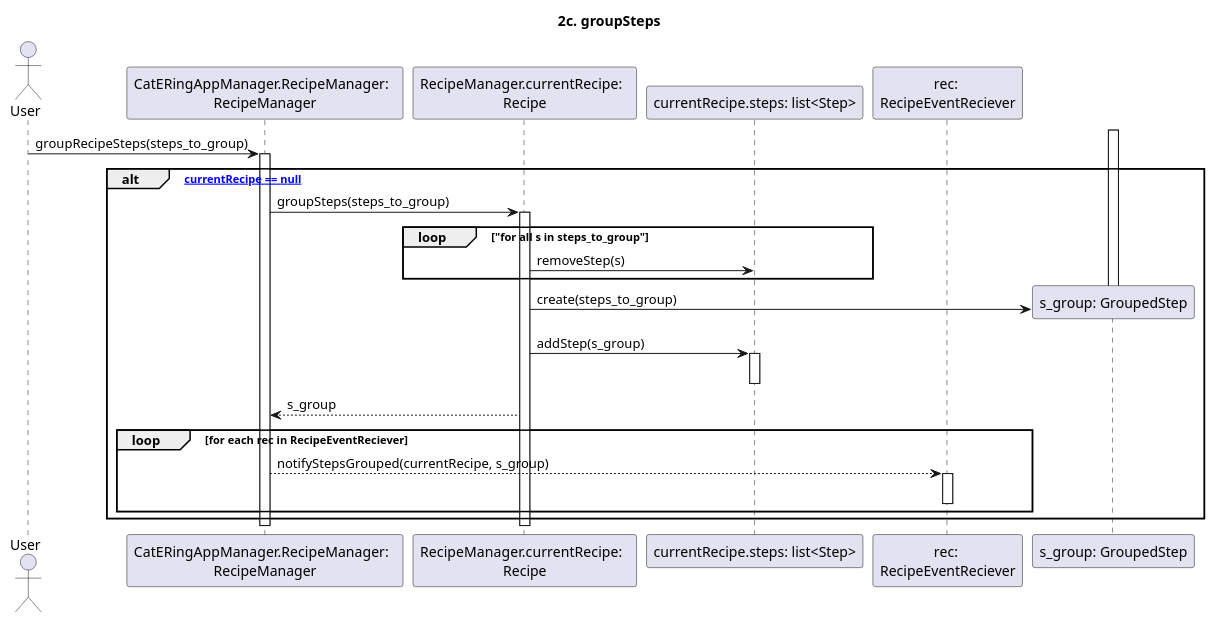
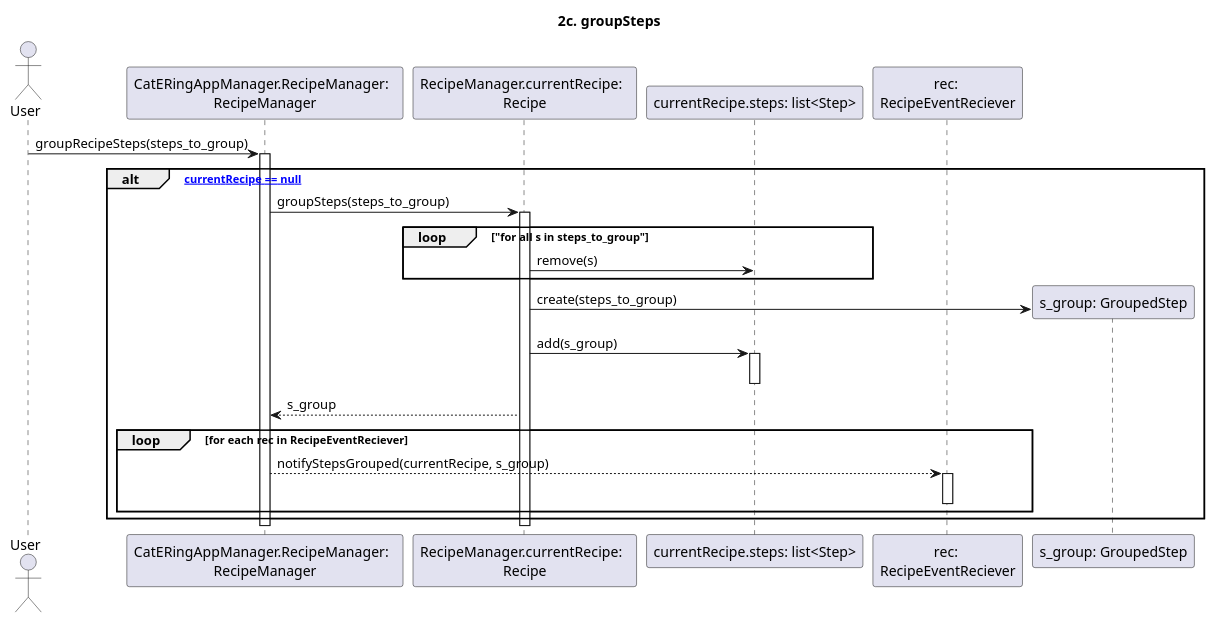
Before and after one commit to m0canu1/sas: the diagram in dsd/dsd-ricette/estensioni/2c-groupSteps.md, drawn with PlantUML. The commit also changed 14 other files, not shown here.

````diff
--- a/dsd/dsd-ricette/estensioni/2c-groupSteps.md
+++ b/dsd/dsd-ricette/estensioni/2c-groupSteps.md
@@ -1,36 +1,36 @@
 ```plantuml
 
 title: 2c. groupSteps
 
 Actor User
 Participant "CatERingAppManager.RecipeManager:  \nRecipeManager" as RM
 Participant "RecipeManager.currentRecipe:  \nRecipe" as CR
 Participant "currentRecipe.steps: list<Step>" as CS
 Participant "rec: \nRecipeEventReciever" as RER
 
 User -> RM: groupRecipeSteps(steps_to_group)
 activate RM
 alt ["currentRecipe == null"]
     RM -> CR: groupSteps(steps_to_group)
     activate CR
     loop "for all s in steps_to_group"
-        CR -> CS: removeStep(s)
+        CR -> CS: remove(s)
     end
     create "s_group: GroupedStep"
-    activate "s_group: GroupedStep"
+    
     CR -> "s_group: GroupedStep": create(steps_to_group)
-    deactivate "s_group: GroupedStep"
-    CR -> CS: addStep(s_group)
+    CR -> CS: add(s_group)
     activate CS
     deactivate CS
     CR --> RM: s_group
+    
     loop for each rec in RecipeEventReciever
         RM --> RER: notifyStepsGrouped(currentRecipe, s_group)
         activate RER
         deactivate RER
     end
 end
 deactivate CR
 deactivate RM
 
 ```
````
